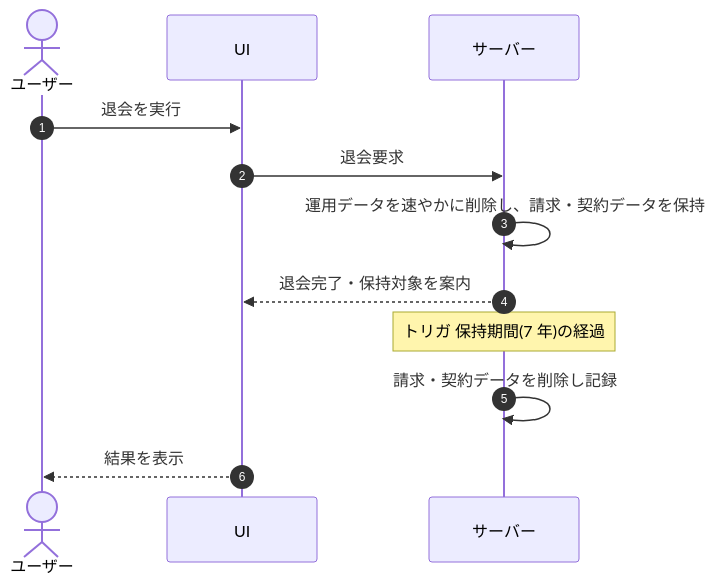
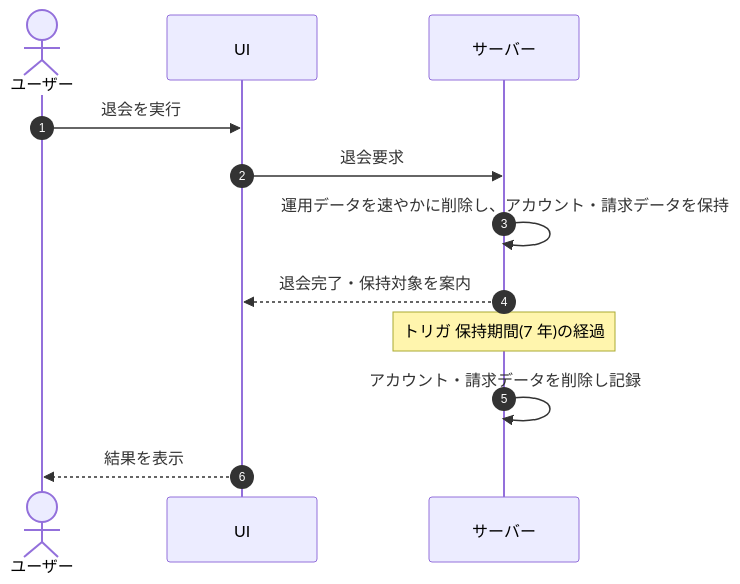
Before and after one commit to sikakou54/open-faq: the second of 16 diagrams in 01_requirements/02_functional_requirement/06_security-fr.md, drawn with Mermaid. The commit also changed other lines of this file and 294 other files, not shown here.

````diff
--- a/01_requirements/02_functional_requirement/06_security-fr.md
+++ b/01_requirements/02_functional_requirement/06_security-fr.md
@@ -56,14 +56,14 @@
 ```mermaid
 sequenceDiagram
   autonumber
   actor U as ユーザー
   participant UI as UI
   participant S as サーバー
   U->>UI: 退会を実行
   UI->>S: 退会要求
-  S->>S: 運用データを速やかに削除し、請求・契約データを保持
+  S->>S: 運用データを速やかに削除し、アカウント・請求データを保持
   S-->>UI: 退会完了・保持対象を案内
   Note over S: トリガ 保持期間(7 年)の経過
-  S->>S: 請求・契約データを削除し記録
+  S->>S: アカウント・請求データを削除し記録
   UI-->>U: 結果を表示
 ```
````
